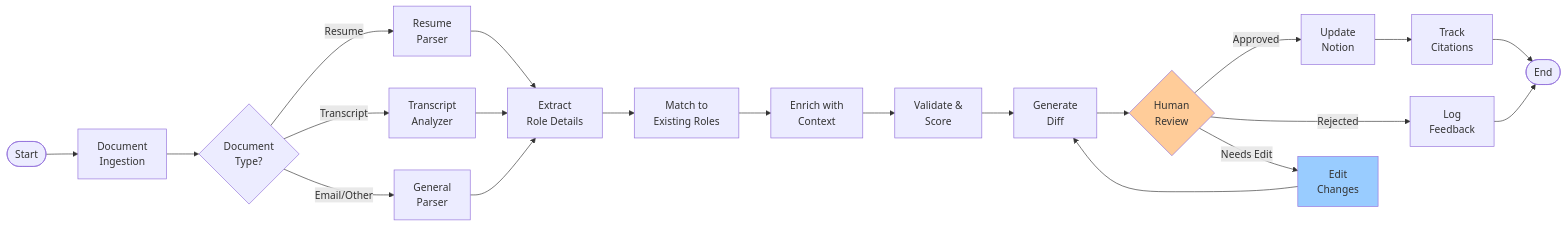
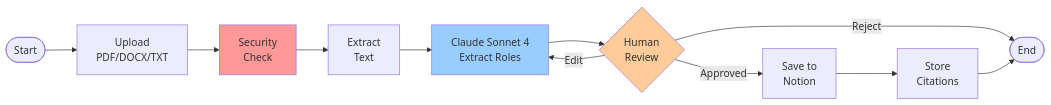
The third of 9 diagrams in transformation_architecture.md (goodfitcareers/langgraph-mcp-agents), drawn with Mermaid before and after one commit. The commit also changed other lines of this file, not shown here.

````diff
--- a/transformation_architecture.md
+++ b/transformation_architecture.md
@@ -145,33 +107,20 @@
 ```mermaid
 graph LR
-    Start([Start]) --> Ingest[Document<br/>Ingestion]
-    Ingest --> Classify{Document<br/>Type?}
+    Start([Start]) --> Upload[Upload<br/>PDF/DOCX/TXT]
+    Upload --> Validate[Security<br/>Check]
+    Validate --> Extract[Extract<br/>Text]
+    Extract --> Claude[Claude Sonnet 4<br/>Extract Roles]
+    Claude --> Review{Human<br/>Review}
 
-    Classify -->|Resume| ResumeParser[Resume<br/>Parser]
-    Classify -->|Transcript| TranscriptAnalyzer[Transcript<br/>Analyzer]
-    Classify -->|Email/Other| GeneralParser[General<br/>Parser]
+    Review -->|Approved| Save[Save to<br/>Notion]
+    Review -->|Edit| Claude
+    Review -->|Reject| End([End])
 
-    ResumeParser --> Extract[Extract<br/>Role Details]
-    TranscriptAnalyzer --> Extract
-    GeneralParser --> Extract
-
-    Extract --> Match[Match to<br/>Existing Roles]
-    Match --> Enrich[Enrich with<br/>Context]
-    Enrich --> Validate[Validate &<br/>Score]
-
-    Validate --> GenDiff[Generate<br/>Diff]
-    GenDiff --> Review{Human<br/>Review}
-
-    Review -->|Approved| Update[Update<br/>Notion]
-    Review -->|Rejected| Feedback[Log<br/>Feedback]
-    Review -->|Needs Edit| Edit[Edit<br/>Changes]
-
-    Edit --> GenDiff
-    Update --> Track[Track<br/>Citations]
-    Track --> End([End])
-    Feedback --> End
+    Save --> Citations[Store<br/>Citations]
+    Citations --> End
 
     style Review fill:#ffcc99
-    style Edit fill:#99ccff
+    style Claude fill:#99ccff
+    style Validate fill:#ff9999
 
 ```
````
